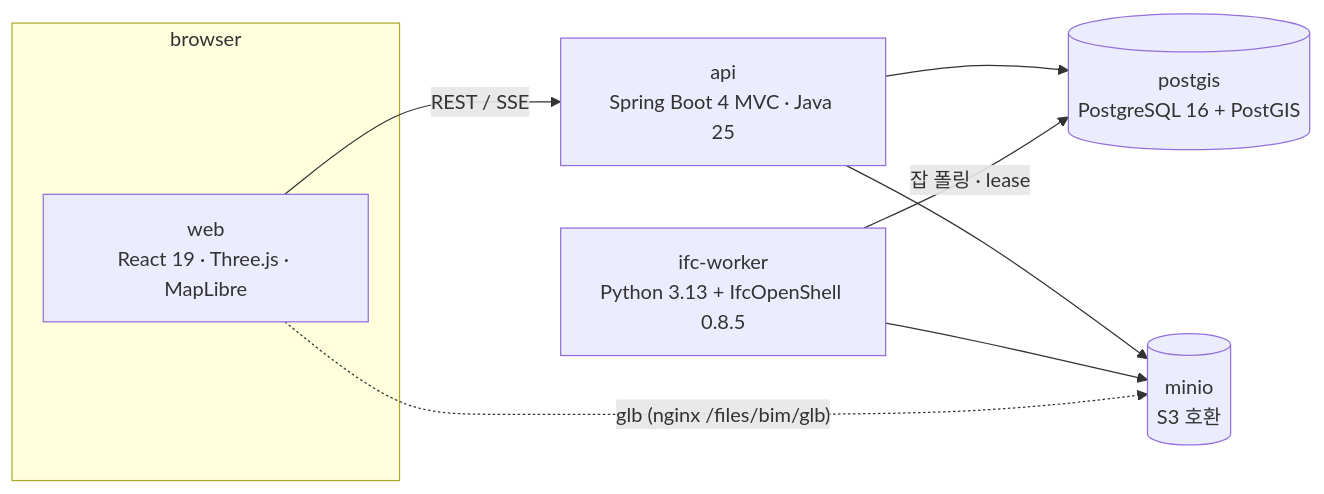
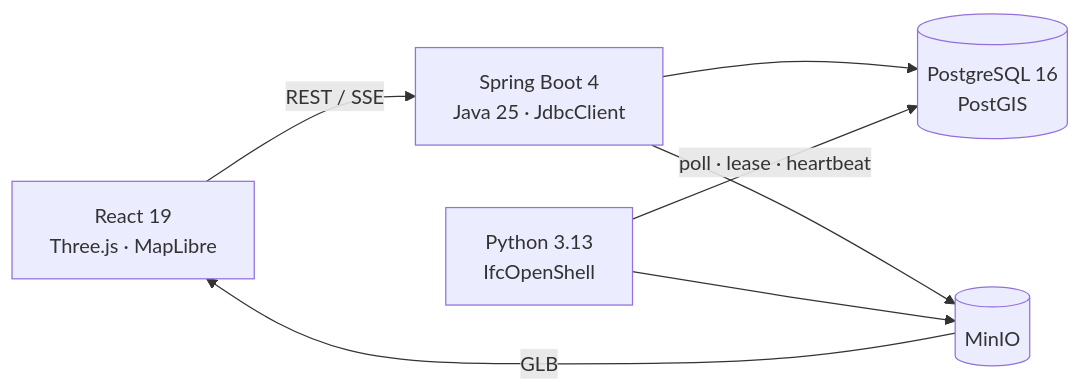
One commit to Gun-stack/bim-platform changed the diagram in README.md. Above: the diagram before and after it, drawn with Mermaid. The commit also changed other lines of this file and 5 other files, not shown here.

````diff
--- a/README.md
+++ b/README.md
@@ -28,12 +24,9 @@
 ```mermaid
 flowchart LR
-  subgraph browser
-    WEB[web<br/>React 19 · Three.js · MapLibre]
-  end
-  WEB -- REST / SSE --> API[api<br/>Spring Boot 4 MVC · Java 25]
-  API --> PG[(postgis<br/>PostgreSQL 16 + PostGIS)]
-  API --> S3[(minio<br/>S3 호환)]
-  WORKER[ifc-worker<br/>Python 3.13 + IfcOpenShell 0.8.5] -- 잡 폴링 · lease --> PG
+  WEB[React 19<br/>Three.js · MapLibre] -- REST / SSE --> API[Spring Boot 4<br/>Java 25 · JdbcClient]
+  API --> PG[(PostgreSQL 16<br/>PostGIS)]
+  API --> S3[(MinIO)]
+  WORKER[Python 3.13<br/>IfcOpenShell] -- poll · lease · heartbeat --> PG
   WORKER --> S3
-  WEB -. glb (nginx /files/bim/glb) .-> S3
+  S3 -- GLB --> WEB
 ```
````
